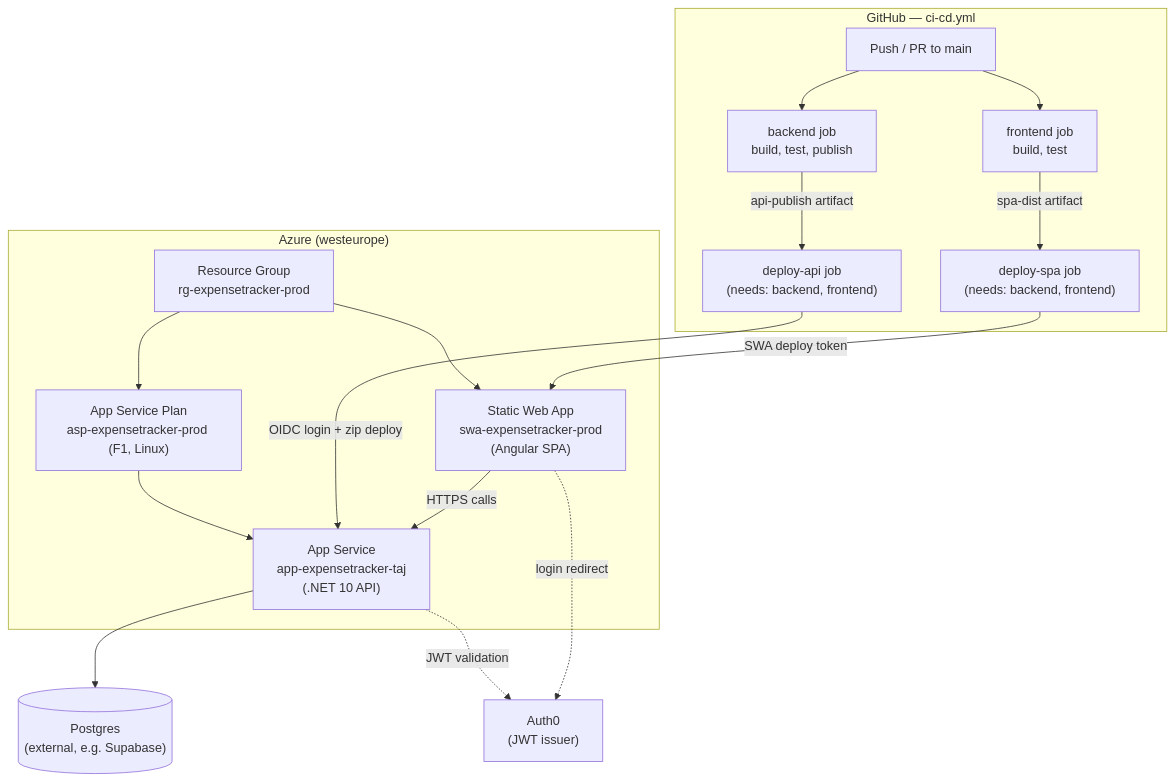
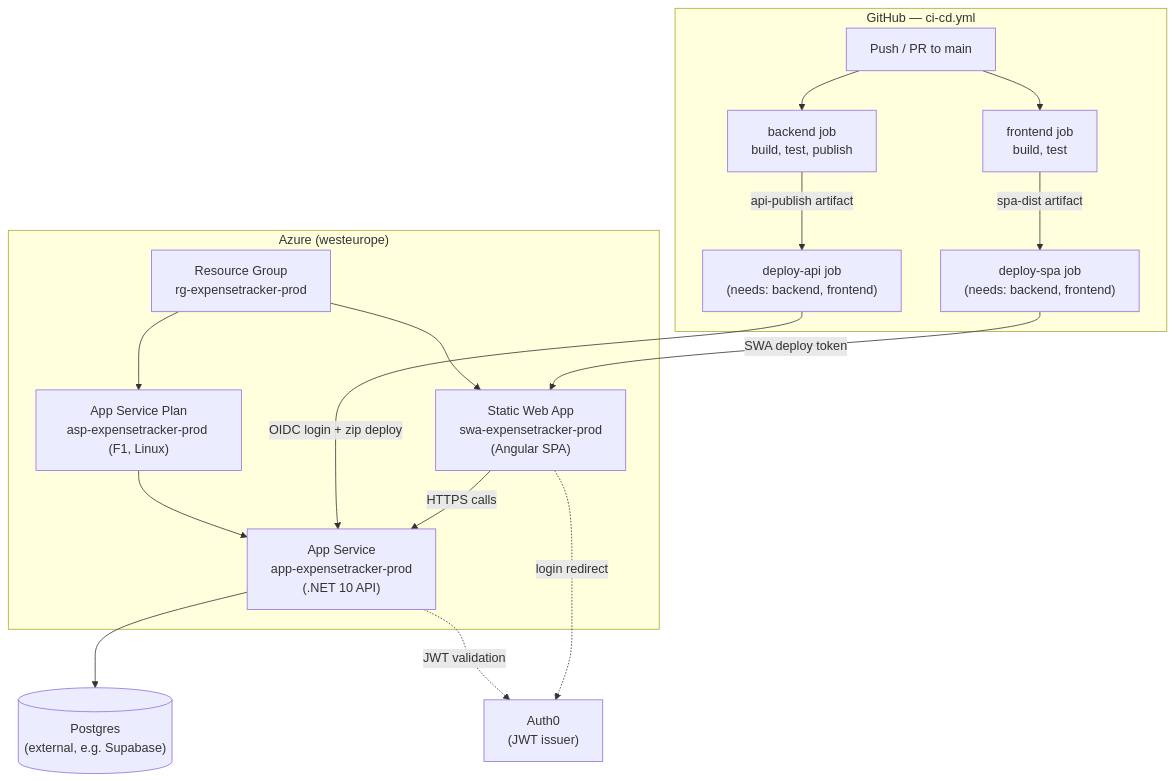
Before and after one commit to taj485/ExpenseTracker: the diagram in Doc/azure-hosting-and-cicd.md, drawn with Mermaid. The commit also changed other lines of this file and 7 other files, not shown here.

````diff
--- a/Doc/azure-hosting-and-cicd.md
+++ b/Doc/azure-hosting-and-cicd.md
@@ -7,33 +7,33 @@
 ```mermaid
 flowchart TB
     subgraph GH["GitHub — ci-cd.yml"]
         Push["Push / PR to main"]
         Backend["backend job\nbuild, test, publish"]
         Frontend["frontend job\nbuild, test"]
         DeployAPI["deploy-api job\n(needs: backend, frontend)"]
         DeploySPA["deploy-spa job\n(needs: backend, frontend)"]
         Push --> Backend
         Push --> Frontend
         Backend -- "api-publish artifact" --> DeployAPI
         Frontend -- "spa-dist artifact" --> DeploySPA
     end
 
     subgraph Azure["Azure (westeurope)"]
         RG["Resource Group\nrg-expensetracker-prod"]
         Plan["App Service Plan\nasp-expensetracker-prod (F1, Linux)"]
-        API["App Service\napp-expensetracker-taj\n(.NET 10 API)"]
+        API["App Service\napp-expensetracker-prod\n(.NET 10 API)"]
         SWA["Static Web App\nswa-expensetracker-prod\n(Angular SPA)"]
         RG --> Plan --> API
         RG --> SWA
     end
 
     DB[("Postgres\n(external, e.g. Supabase)")]
     Auth0["Auth0\n(JWT issuer)"]
 
     DeployAPI -- "OIDC login + zip deploy" --> API
     DeploySPA -- "SWA deploy token" --> SWA
     API --> DB
     API -.JWT validation.-> Auth0
     SWA -.login redirect.-> Auth0
     SWA -- "HTTPS calls" --> API
 ```
````
